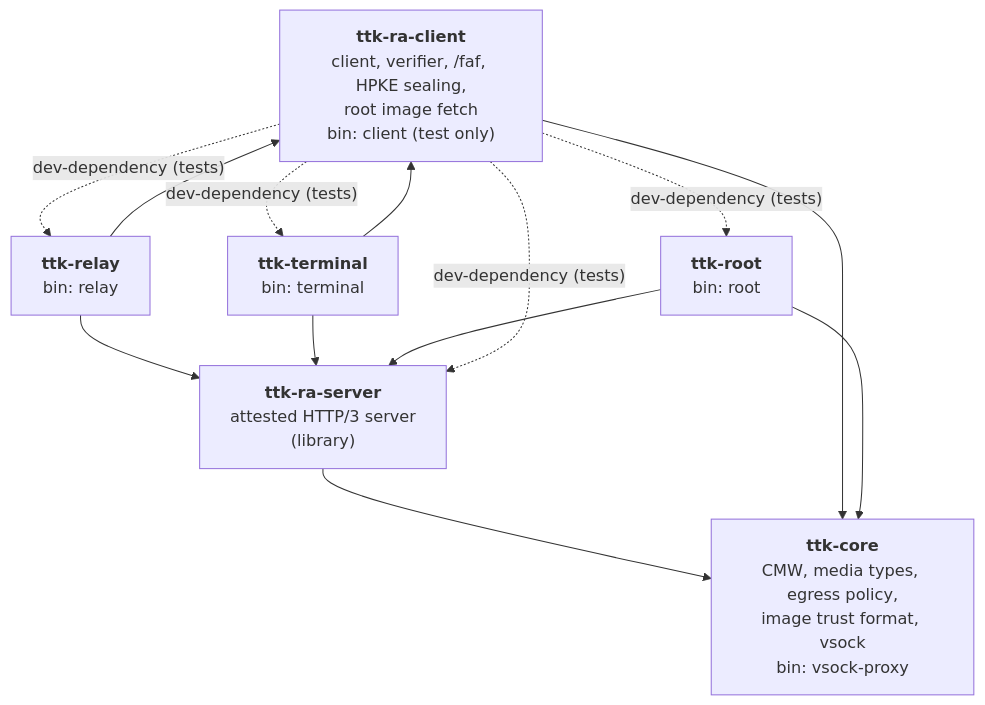
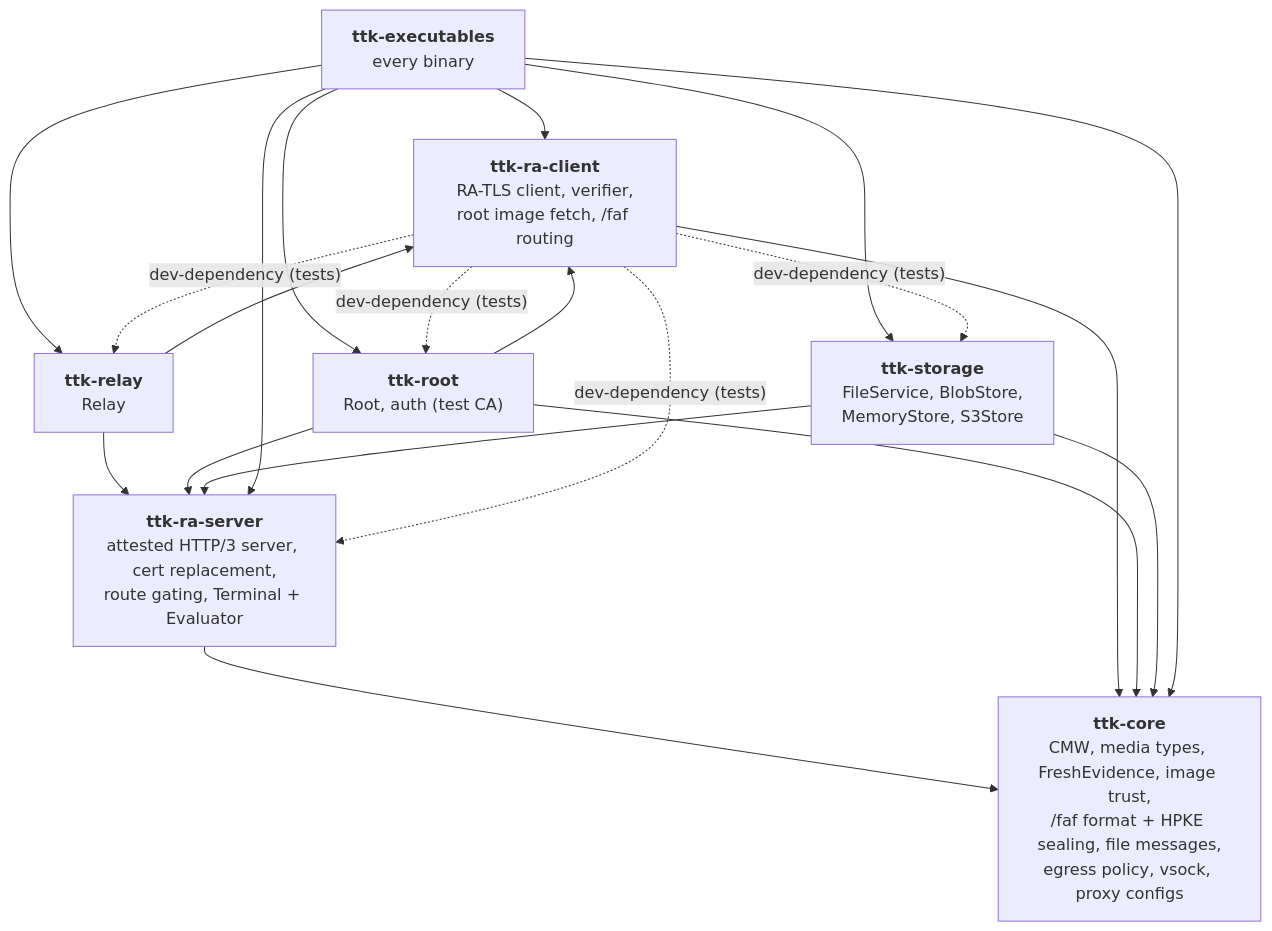
One commit to Lanetus/TTKServer changed the second of 11 diagrams in docs/src/ARCHITECTURE.md. Above: the diagram before and after it, drawn with Mermaid. The commit also changed other lines of this file and 14 other files, not shown here.

First line of the commit message:
feat: update the mdBook architecture docs to the current workspace (#94)

````diff
--- a/docs/src/ARCHITECTURE.md
+++ b/docs/src/ARCHITECTURE.md
@@ -91,22 +102,25 @@
 ```mermaid
 flowchart TB
-    core["<b>ttk-core</b><br/>CMW, media types, egress policy,<br/>image trust format, vsock<br/>bin: vsock-proxy"]
-    server["<b>ttk-ra-server</b><br/>attested HTTP/3 server<br/>(library)"]
-    client["<b>ttk-ra-client</b><br/>client, verifier, /faf, HPKE sealing,<br/>root image fetch<br/>bin: client (test only)"]
-    relay["<b>ttk-relay</b><br/>bin: relay"]
-    terminal["<b>ttk-terminal</b><br/>bin: terminal"]
-    root["<b>ttk-root</b><br/>bin: root"]
+    core["<b>ttk-core</b><br/>CMW, media types, FreshEvidence, image trust,<br/>/faf format + HPKE sealing, file messages,<br/>egress policy, vsock, proxy configs"]
+    server["<b>ttk-ra-server</b><br/>attested HTTP/3 server, cert replacement,<br/>route gating, Terminal + Evaluator"]
+    client["<b>ttk-ra-client</b><br/>RA-TLS client, verifier,<br/>root image fetch, /faf routing"]
+    relay["<b>ttk-relay</b><br/>Relay"]
+    root["<b>ttk-root</b><br/>Root, auth (test CA)"]
+    storage["<b>ttk-storage</b><br/>FileService, BlobStore,<br/>MemoryStore, S3Store"]
+    exe["<b>ttk-executables</b><br/>every binary"]
 
     server --> core
     client --> core
     relay --> server
     relay --> client
-    terminal --> server
-    terminal --> client
     root --> server
+    root --> client
     root --> core
+    storage --> server
+    storage --> core
+    exe --> relay & root & storage & server & client & core
     client -. "dev-dependency (tests)" .-> server
     client -. "dev-dependency (tests)" .-> relay
-    client -. "dev-dependency (tests)" .-> terminal
+    client -. "dev-dependency (tests)" .-> storage
     client -. "dev-dependency (tests)" .-> root
 ```
````
